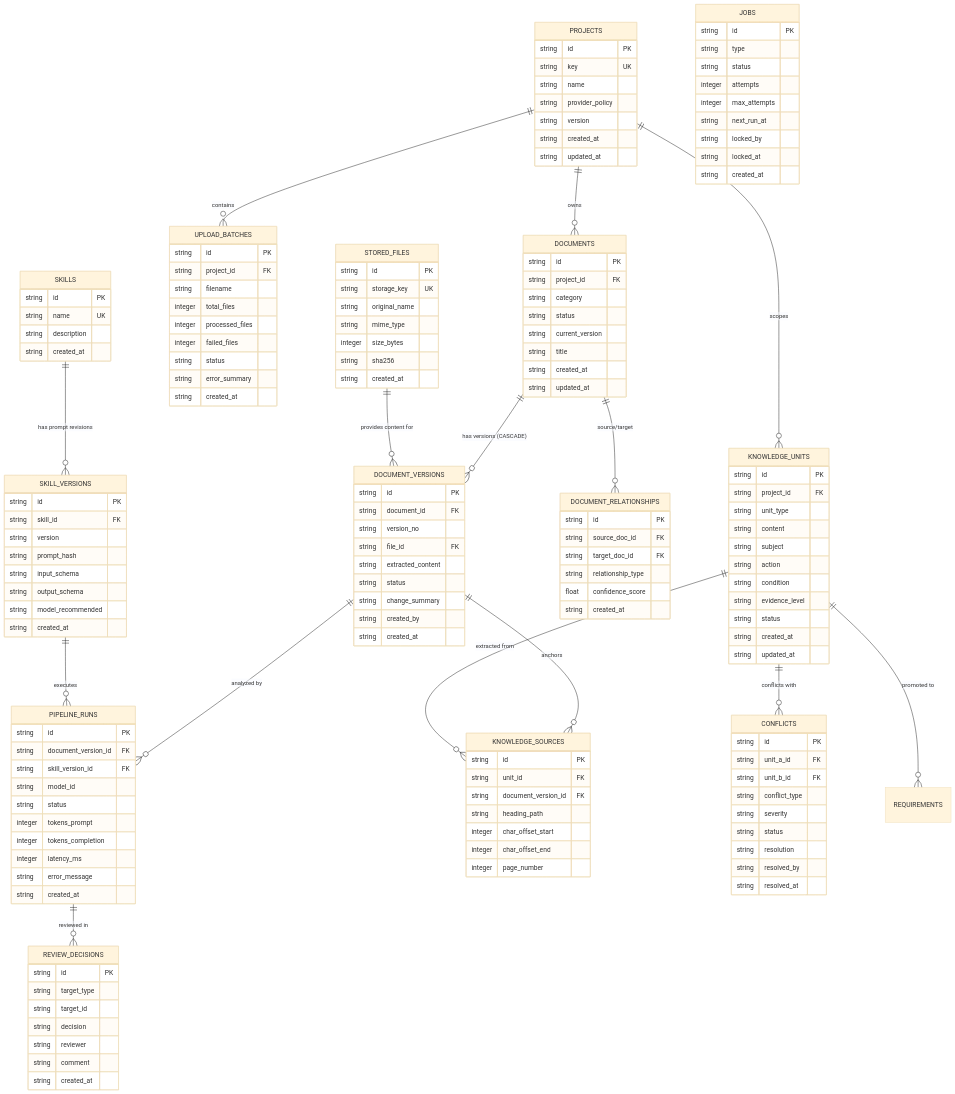
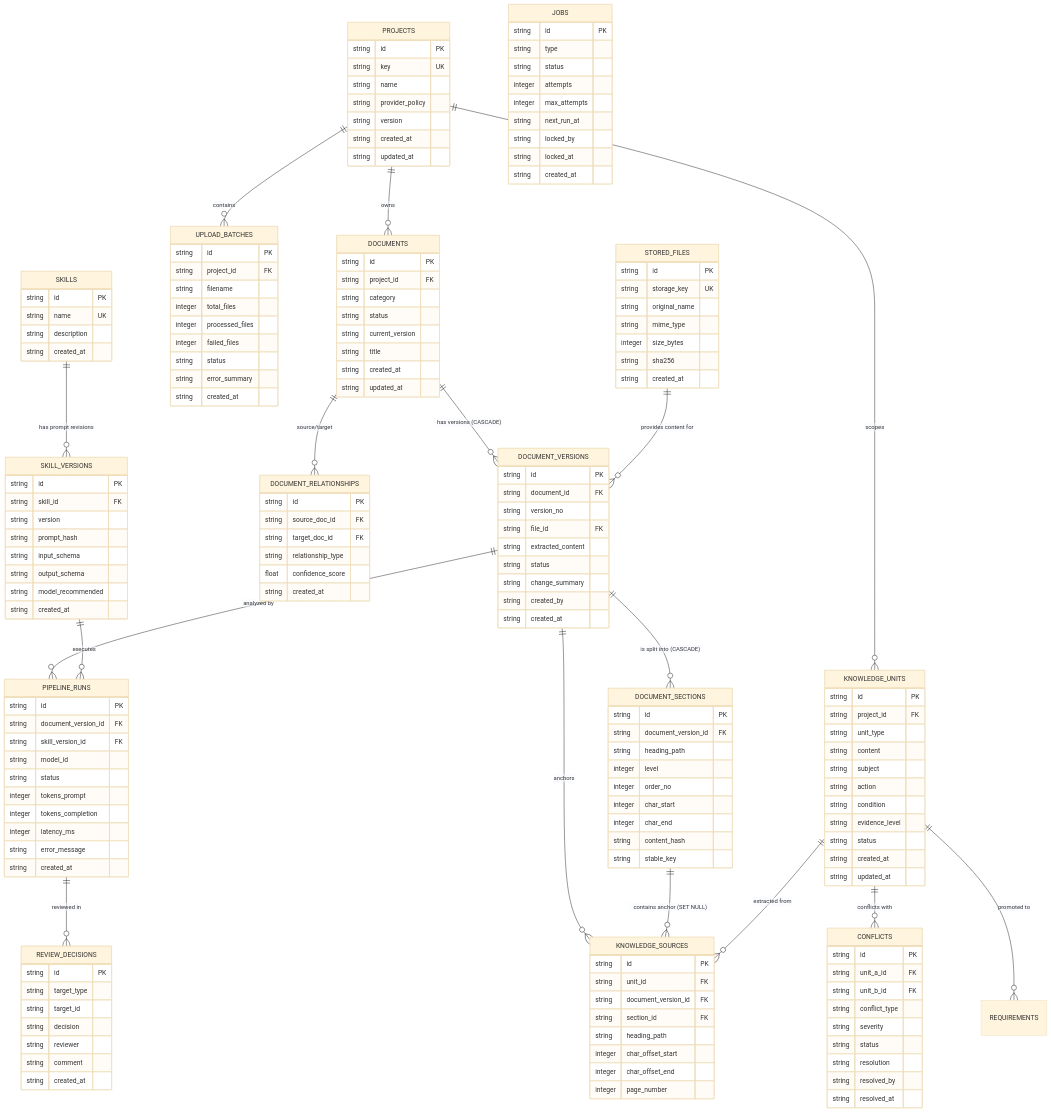
One commit to phamchicong0604/UI-AI-Agent- changed the diagram in docs/DOCUMENT-DATA-MODEL.md. Above: the diagram before and after it, drawn with Mermaid (base theme). The commit also changed other lines of this file, not shown here.

First line of the commit message:
docs(documents): Describe document_sections and the stable_key rule

```diff
--- a/docs/DOCUMENT-DATA-MODEL.md
+++ b/docs/DOCUMENT-DATA-MODEL.md
@@ -40,6 +40,8 @@
     
     DOCUMENT_VERSIONS ||--o{ PIPELINE_RUNS : "analyzed by"
     DOCUMENT_VERSIONS ||--o{ KNOWLEDGE_SOURCES : "anchors"
+    DOCUMENT_VERSIONS ||--o{ DOCUMENT_SECTIONS : "is split into (CASCADE)"
+    DOCUMENT_SECTIONS ||--o{ KNOWLEDGE_SOURCES : "contains anchor (SET NULL)"
     
     SKILLS ||--o{ SKILL_VERSIONS : "has prompt revisions"
     SKILL_VERSIONS ||--o{ PIPELINE_RUNS : "executes"
@@ -91,6 +93,18 @@
         string change_summary
         string created_by
         string created_at
+    }
+
+    DOCUMENT_SECTIONS {
+        string id PK
+        string document_version_id FK
+        string heading_path
+        integer level
+        integer order_no
+        integer char_start
+        integer char_end
+        string content_hash
+        string stable_key
     }
 
     DOCUMENT_RELATIONSHIPS {
@@ -161,6 +175,7 @@
         string id PK
         string unit_id FK
         string document_version_id FK
+        string section_id FK
         string heading_path
         integer char_offset_start
         integer char_offset_end
```
